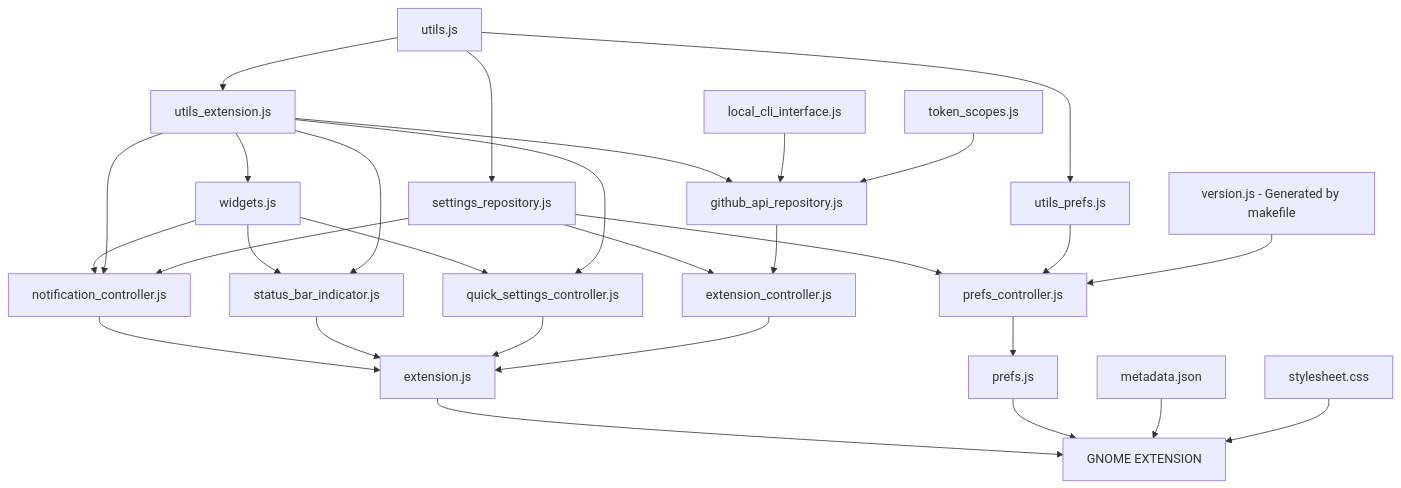
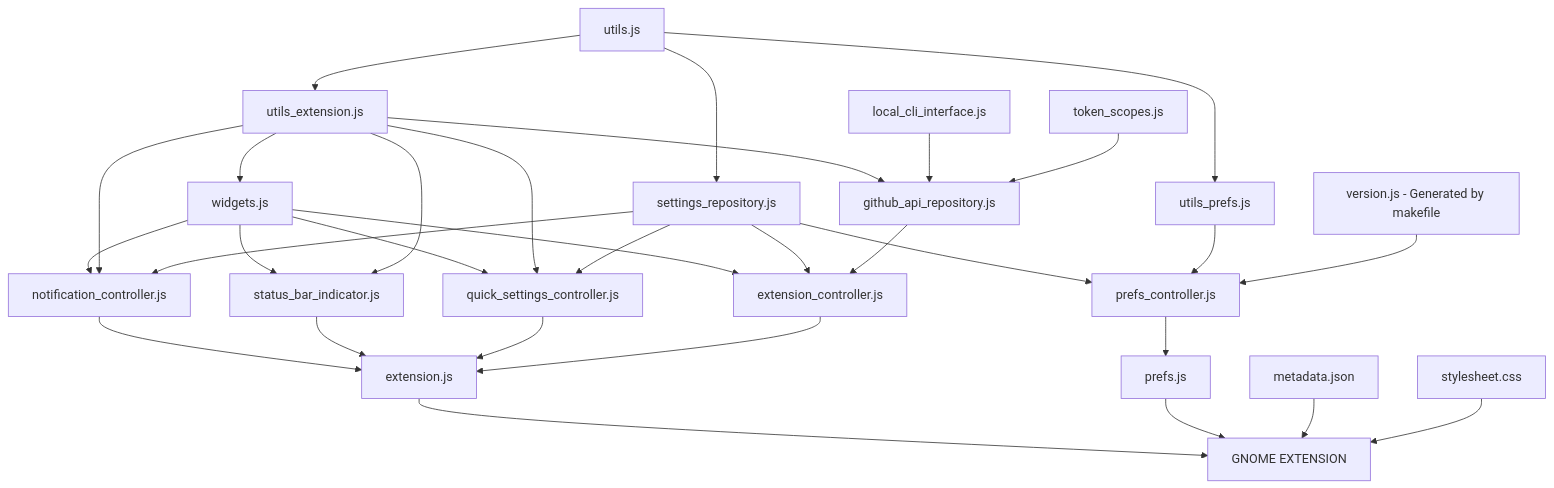
Before and after one commit to arononak/github-actions-gnome-extension: the diagram in README.md, drawn with Mermaid. The commit also changed other lines of this file and 6 other files, not shown here.

````diff
--- a/README.md
+++ b/README.md
@@ -32,33 +32,35 @@
 ```mermaid
 graph TD;
     utils.js-->utils_extension.js
     utils_extension.js-->github_api_repository.js
     local_cli_interface.js-->github_api_repository.js
     token_scopes.js-->github_api_repository.js
+    widgets.js-->extension_controller.js
     settings_repository.js-->extension_controller.js
     github_api_repository.js-->extension_controller.js
     widgets.js-->status_bar_indicator.js
     widgets.js-->notification_controller.js
     notification_controller.js-->extension.js
     status_bar_indicator.js-->extension.js
     quick_settings_controller.js-->extension.js
     widgets.js-->quick_settings_controller.js
     extension_controller.js-->extension.js
     utils.js-->settings_repository.js
     settings_repository.js-->prefs_controller.js
     utils.js-->utils_prefs.js;
     utils_prefs.js-->prefs_controller.js;
     prefs_controller.js-->prefs.js
     utils_extension.js-->widgets.js
     utils_extension.js-->quick_settings_controller.js
+    settings_repository.js-->quick_settings_controller.js
     utils_extension.js-->status_bar_indicator.js
     utils_extension.js-->notification_controller.js
     settings_repository.js-->notification_controller.js
 
     version.js[version.js - Generated by makefile]-->prefs_controller.js;
 
     extension.js-->EXTENSION[GNOME EXTENSION]
     prefs.js-->EXTENSION[GNOME EXTENSION]
     metadata.json-->EXTENSION[GNOME EXTENSION]
     stylesheet.css-->EXTENSION[GNOME EXTENSION]
 ```
````
